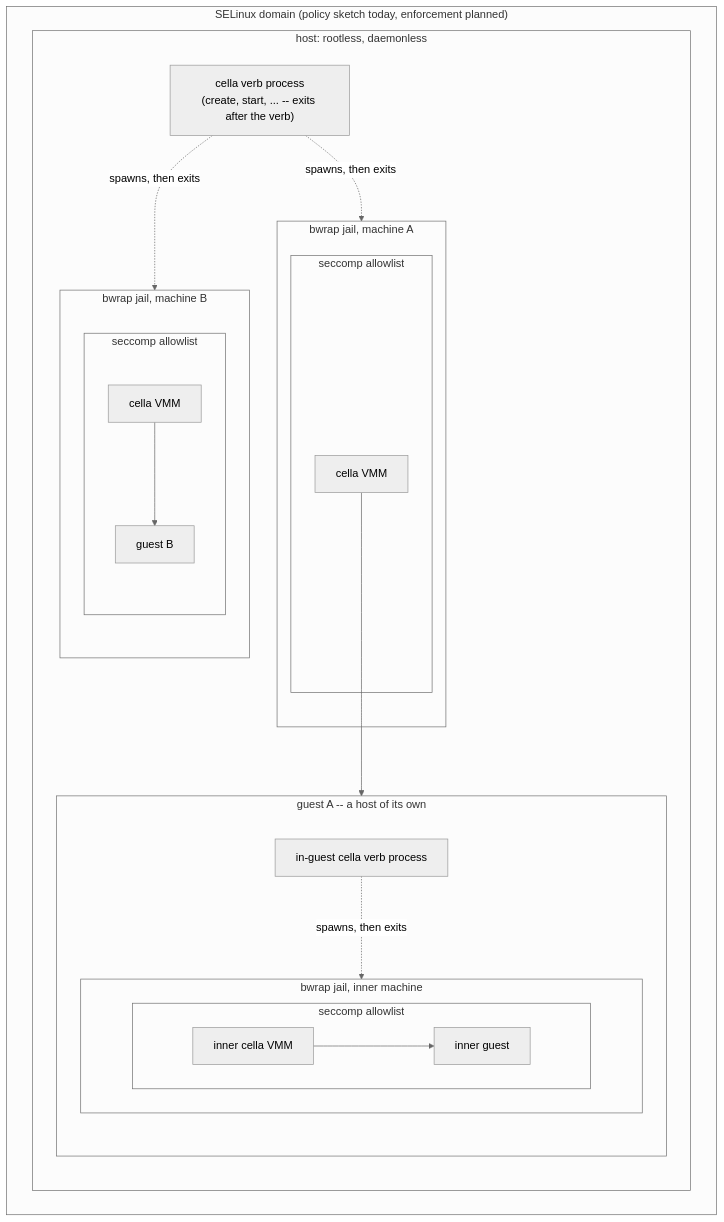
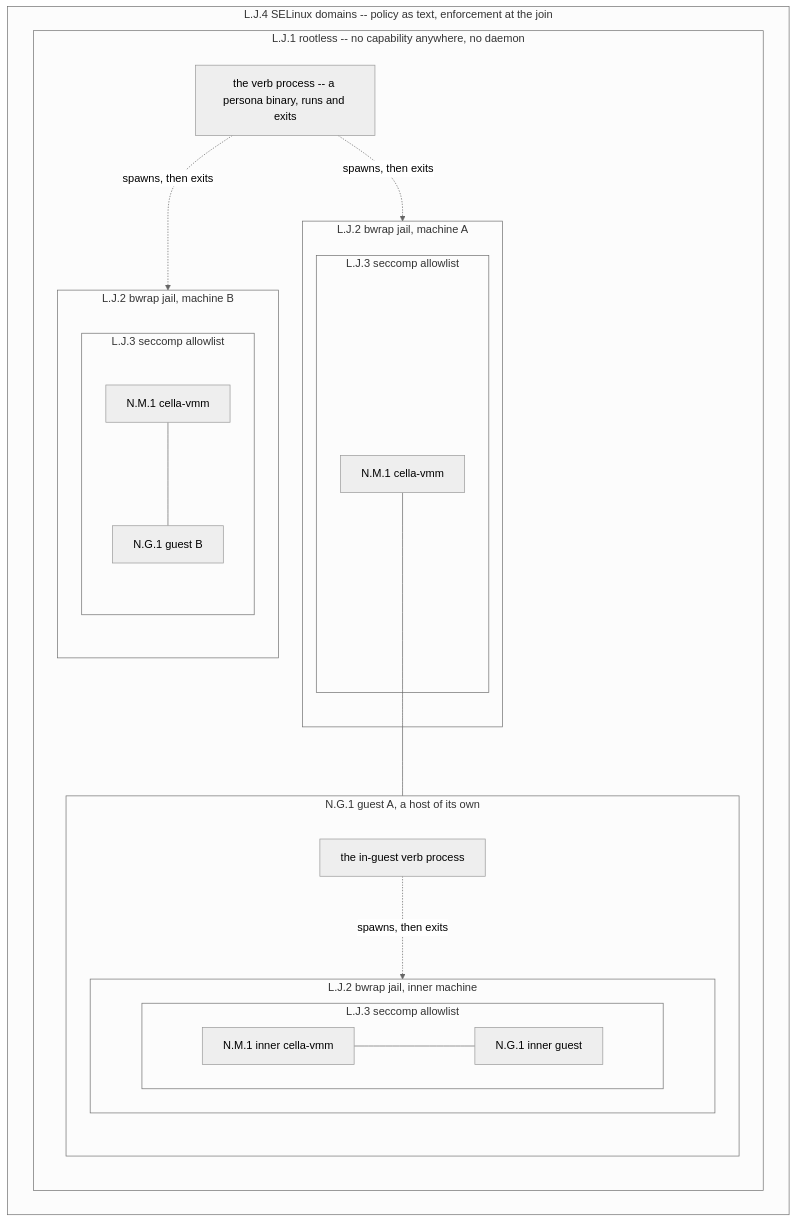
The first of 2 diagrams in docs/LIFECYCLE.md (omne-earth/cella), drawn with Mermaid (neutral theme) before and after one commit. The commit also changed other lines of this file and 8 other files, not shown here.

Commit message:
docs: comprehensive grooming of all markdowns and diagrams

````diff
--- a/docs/LIFECYCLE.md
+++ b/docs/LIFECYCLE.md
@@ -22,30 +26,30 @@
 ```mermaid
 flowchart TD
-    subgraph selinux["SELinux domain (policy sketch today, enforcement planned)"]
-        subgraph host["host: rootless, daemonless"]
-            V["cella verb process<br/>(create, start, ... -- exits after the verb)"]
-            subgraph jail1["bwrap jail, machine A"]
-                subgraph sec1["seccomp allowlist"]
-                    C1["cella VMM"]
+    subgraph selinux["L.J.4 SELinux domains -- policy as text, enforcement at the join"]
+        subgraph host["L.J.1 rootless -- no capability anywhere, no daemon"]
+            V["the verb process -- a persona binary, runs and exits"]
+            subgraph jail1["L.J.2 bwrap jail, machine A"]
+                subgraph sec1["L.J.3 seccomp allowlist"]
+                    C1["N.M.1 cella-vmm"]
                 end
             end
-            subgraph guestA["guest A -- a host of its own"]
-                V2["in-guest cella verb process"]
-                subgraph jail2["bwrap jail, inner machine"]
-                    subgraph sec2["seccomp allowlist"]
-                        C2["inner cella VMM"] --> G2["inner guest"]
+            subgraph guestA["N.G.1 guest A, a host of its own"]
+                V2["the in-guest verb process"]
+                subgraph jail2["L.J.2 bwrap jail, inner machine"]
+                    subgraph sec2["L.J.3 seccomp allowlist"]
+                        C2["N.M.1 inner cella-vmm"] --- G2["N.G.1 inner guest"]
                     end
                 end
             end
-            subgraph jail3["bwrap jail, machine B"]
-                subgraph sec3["seccomp allowlist"]
-                    C3["cella VMM"] --> G3["guest B"]
+            subgraph jail3["L.J.2 bwrap jail, machine B"]
+                subgraph sec3["L.J.3 seccomp allowlist"]
+                    C3["N.M.1 cella-vmm"] --- G3["N.G.1 guest B"]
                 end
             end
         end
     end
-    C1 --> guestA
-    V -.->|spawns, then exits| jail1
-    V -.->|spawns, then exits| jail3
-    V2 -.->|spawns, then exits| jail2
+    C1 --- guestA
+    V -.->|"spawns, then exits"| jail1
+    V -.->|"spawns, then exits"| jail3
+    V2 -.->|"spawns, then exits"| jail2
 ```
````
